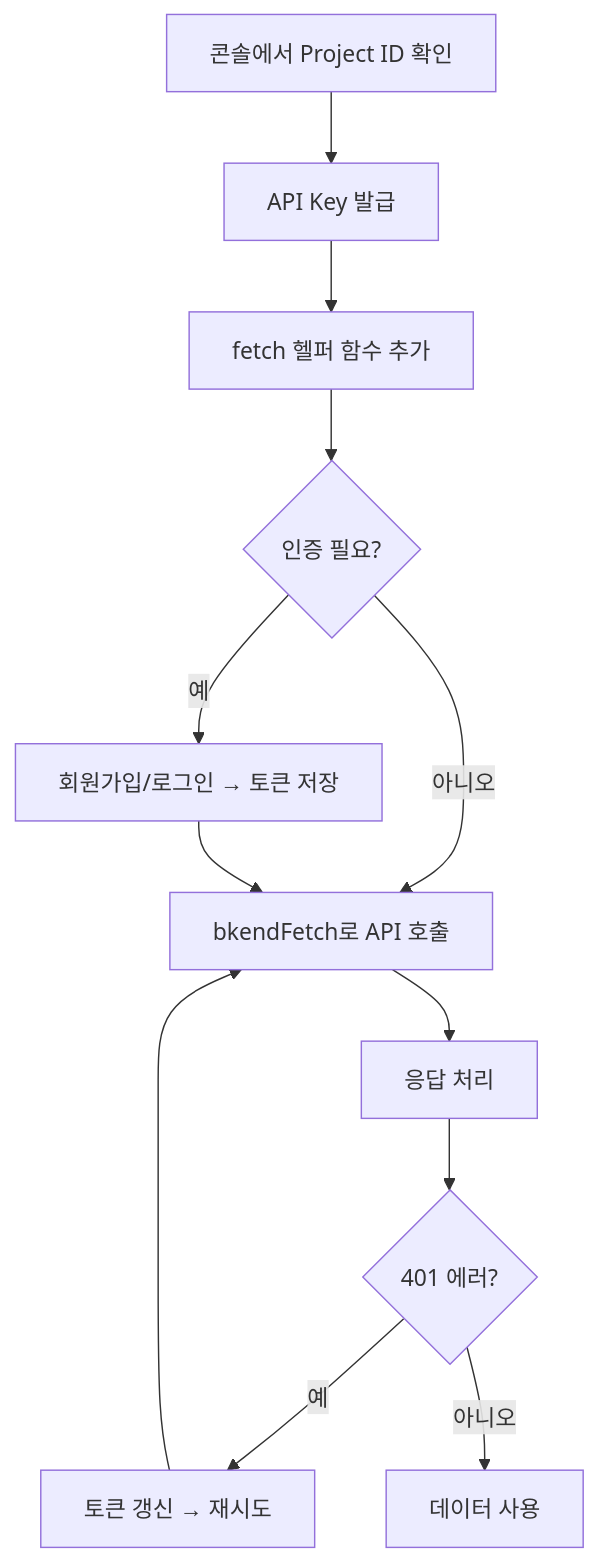
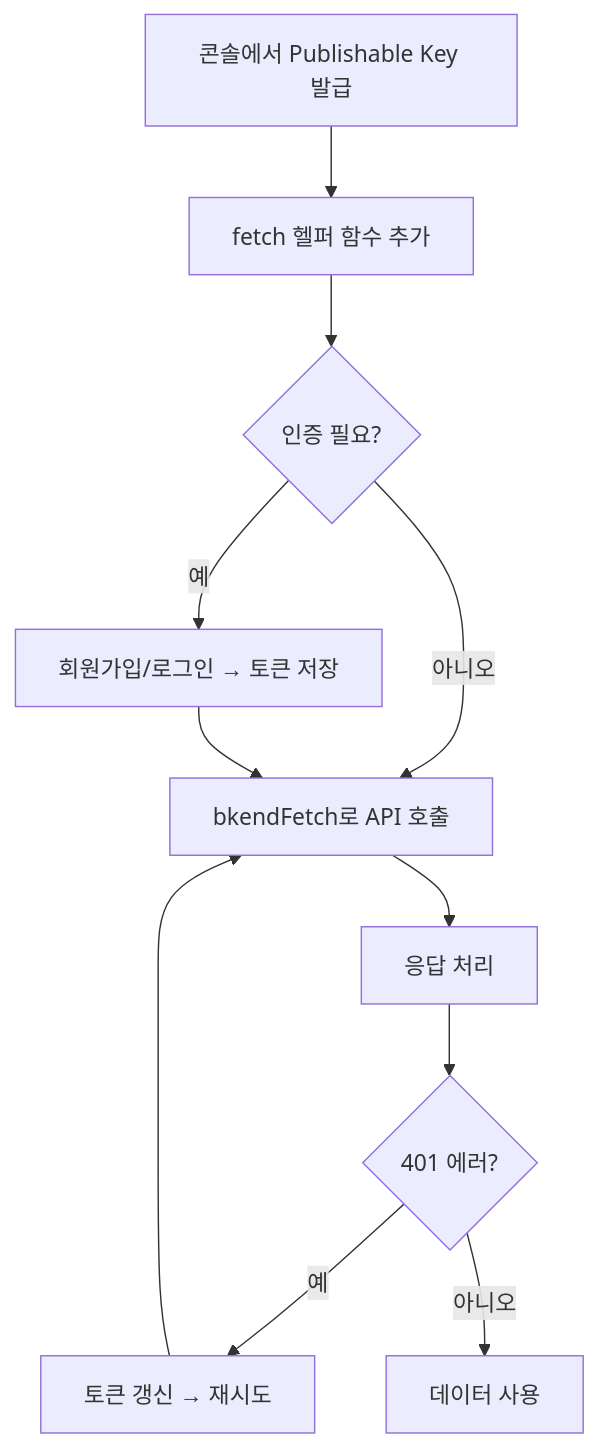
One commit to popup-studio-ai/bkend-docs changed the diagram in ko/getting-started/03-app-integration.md. Above: the diagram before and after it, drawn with Mermaid. The commit also changed other lines of this file and 365 other files, not shown here.

````diff
--- a/ko/getting-started/03-app-integration.md
+++ b/ko/getting-started/03-app-integration.md
@@ -238,14 +236,13 @@
 ```mermaid
 flowchart TD
-    A[콘솔에서 Project ID 확인] --> B[API Key 발급]
-    B --> C[fetch 헬퍼 함수 추가]
-    C --> D{인증 필요?}
-    D -->|예| E[회원가입/로그인 → 토큰 저장]
-    D -->|아니오| F[bkendFetch로 API 호출]
-    E --> F
-    F --> G[응답 처리]
-    G --> H{401 에러?}
-    H -->|예| I[토큰 갱신 → 재시도]
-    H -->|아니오| J[데이터 사용]
-    I --> F
+    A[콘솔에서 Publishable Key 발급] --> B[fetch 헬퍼 함수 추가]
+    B --> C{인증 필요?}
+    C -->|예| D[회원가입/로그인 → 토큰 저장]
+    C -->|아니오| E["bkendFetch로 API 호출"]
+    D --> E
+    E --> F[응답 처리]
+    F --> G{401 에러?}
+    G -->|예| H[토큰 갱신 → 재시도]
+    G -->|아니오| I[데이터 사용]
+    H --> E
 ```
````
